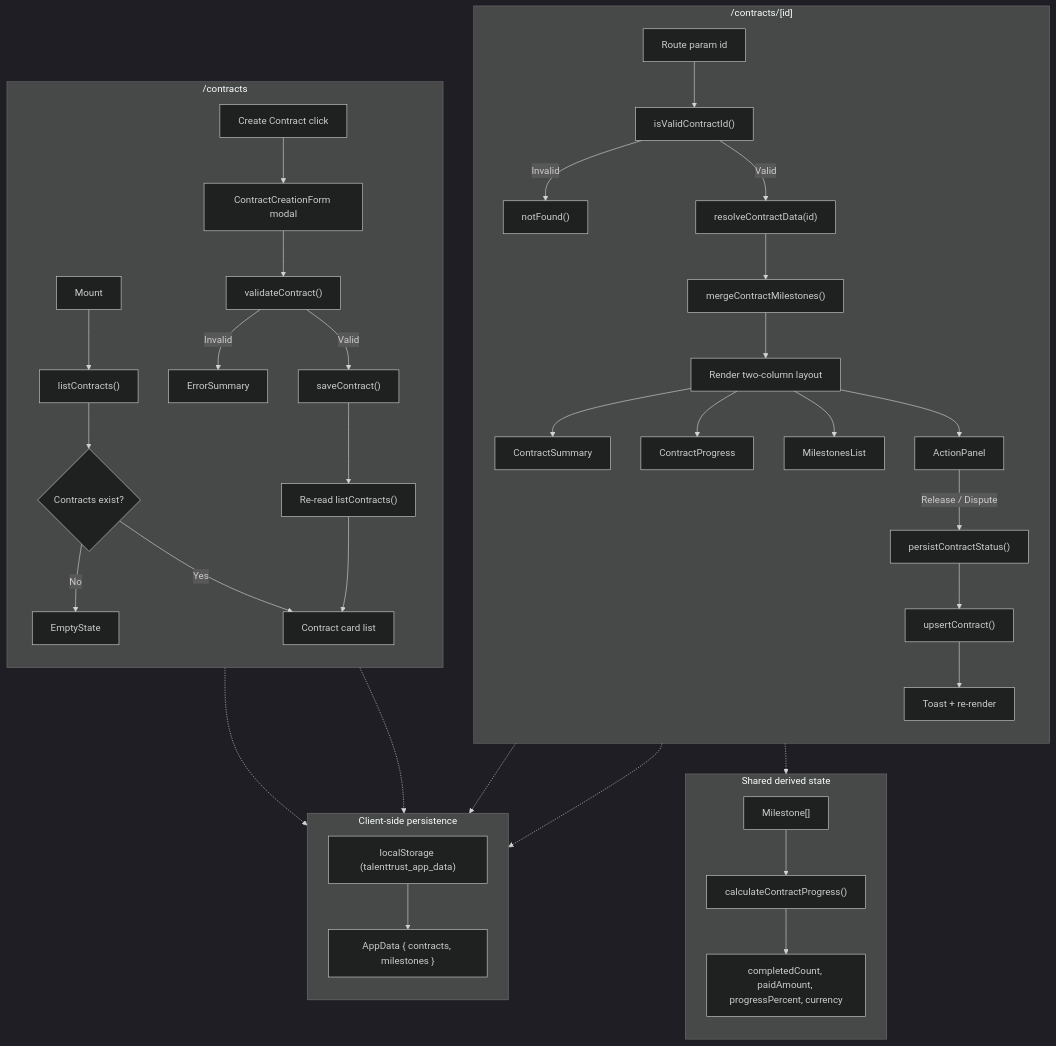
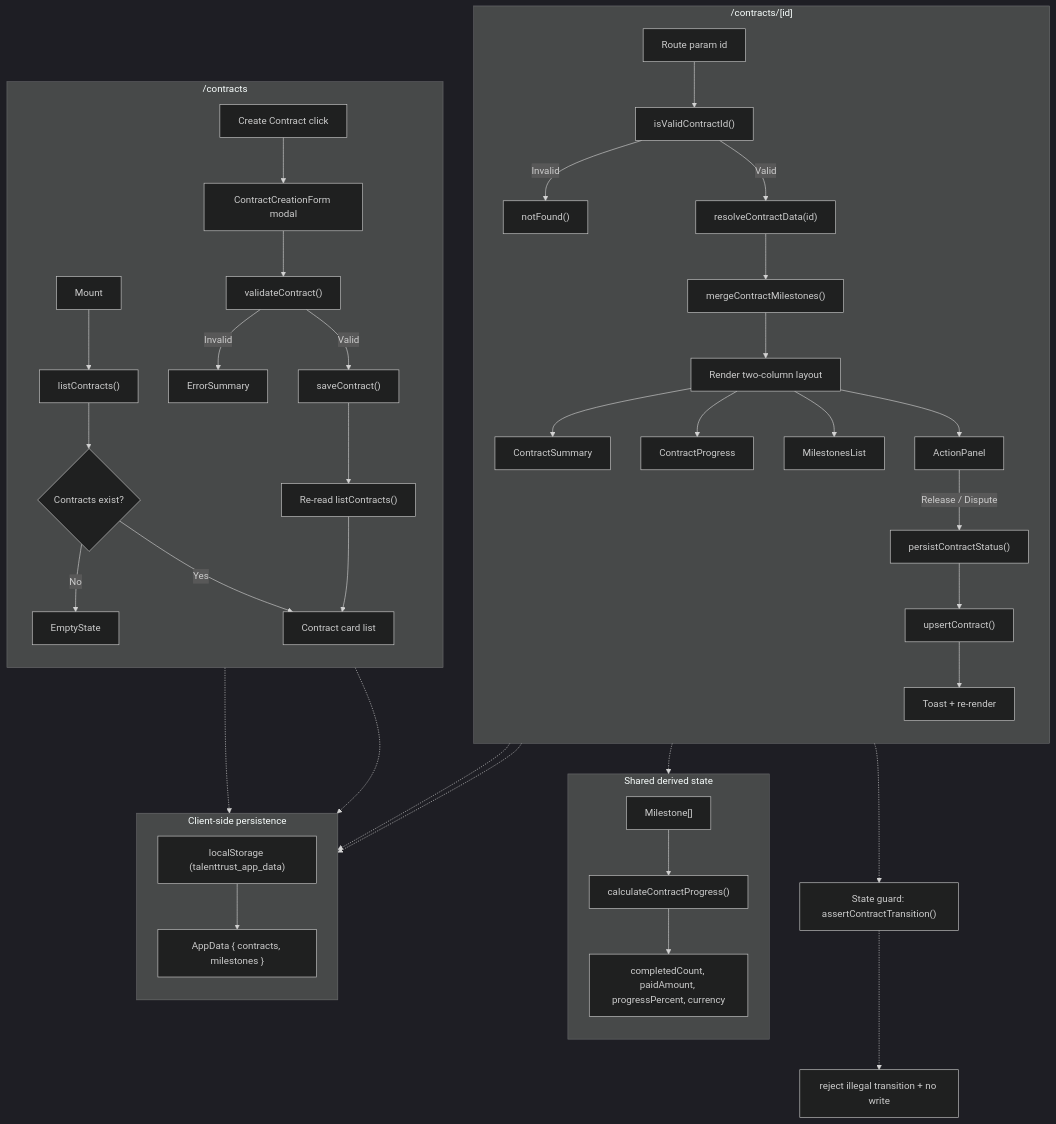
Before and after one commit to AGWAM001/Talenttrust-Frontend: the diagram in docs/contracts-data-flow.md, drawn with Mermaid (dark theme). The commit also changed other lines of this file and 7 other files, not shown here.

````diff
--- a/docs/contracts-data-flow.md
+++ b/docs/contracts-data-flow.md
@@ -5,53 +5,55 @@
 ```mermaid
 flowchart TB
     subgraph ListPage["/contracts"]
         direction TB
         A1["Mount"] --> A2["listContracts()"]
         A2 --> A3{"Contracts exist?"}
         A3 -- "No" --> A4["EmptyState"]
         A3 -- "Yes" --> A5["Contract card list"]
 
         A6["Create Contract click"] --> A7["ContractCreationForm modal"]
         A7 --> A8["validateContract()"]
         A8 -- "Invalid" --> A9["ErrorSummary"]
         A8 -- "Valid" --> A10["saveContract()"]
         A10 --> A11["Re-read listContracts()"]
         A11 --> A5
     end
 
     subgraph DetailPage["/contracts/[id]"]
         direction TB
         B1["Route param id"] --> B2["isValidContractId()"]
         B2 -- "Invalid" --> B3["notFound()"]
         B2 -- "Valid" --> B4["resolveContractData(id)"]
         B4 --> B5["mergeContractMilestones()"]
         B5 --> B6["Render two-column layout"]
 
         B6 --> B7["ContractSummary"]
         B6 --> B8["ContractProgress"]
         B6 --> B9["MilestonesList"]
         B6 --> B10["ActionPanel"]
 
         B10 -- "Release / Dispute" --> B11["persistContractStatus()"]
         B11 --> B12["upsertContract()"]
         B12 --> B13["Toast + re-render"]
     end
 
     subgraph DerivedData["Shared derived state"]
         direction TB
         C1["Milestone[]"] --> C2["calculateContractProgress()"]
         C2 --> C3["completedCount, paidAmount, progressPercent, currency"]
     end
 
     subgraph Persistence["Client-side persistence"]
         direction TB
         D1["localStorage (talenttrust_app_data)"]
         D1 --> D2["AppData { contracts, milestones }"]
     end
 
     A2 -.-> D1
     A10 -.-> D1
     B5 -.-> D1
     B12 -.-> D1
     B8 -.-> C1
+    B11 -.-> B14["State guard: assertContractTransition()"]
+    B14 -.-> B15["reject illegal transition + no write"]
 ```
````
